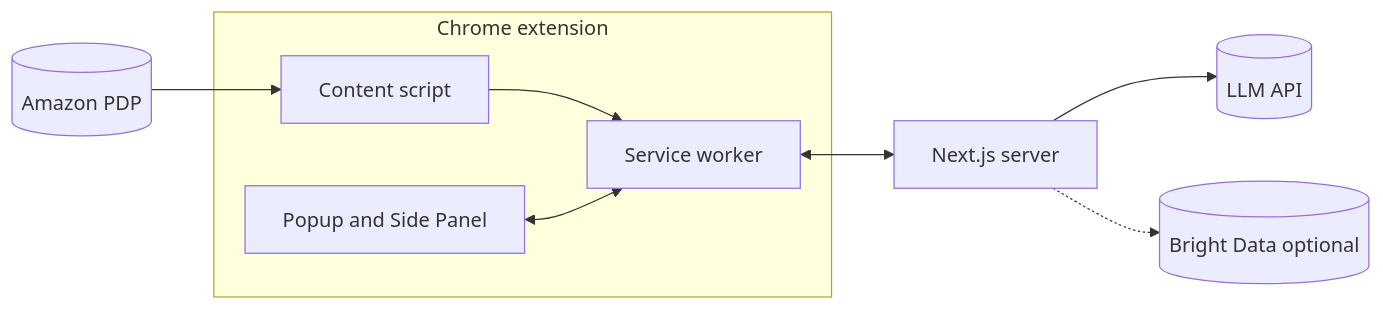
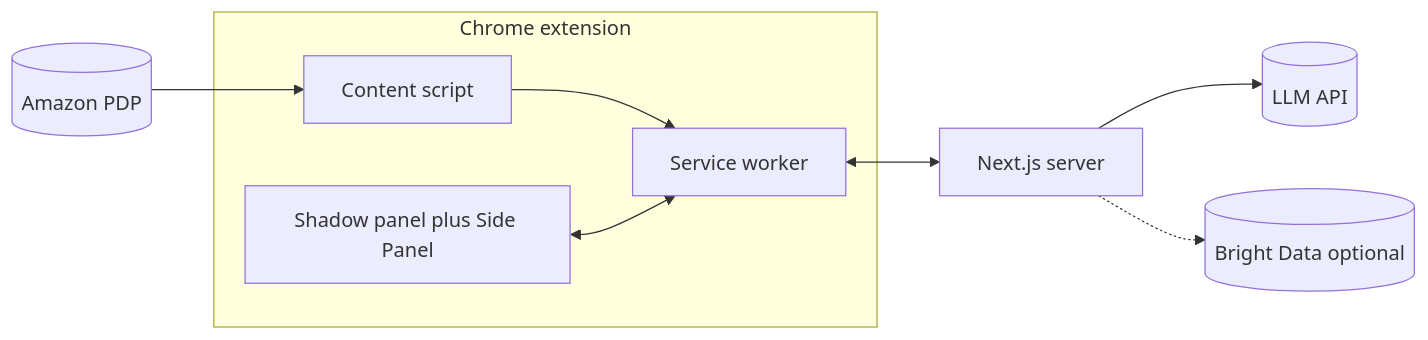
The second of 2 diagrams in requirements/project.requirement.md (dickoallassane/ai-smart-shopper-allassane-dicko), drawn with Mermaid before and after one commit. The commit also changed other lines of this file and 7 other files, not shown here.

````diff
--- a/requirements/project.requirement.md
+++ b/requirements/project.requirement.md
@@ -62,19 +65,19 @@
 ```mermaid
 flowchart LR
   subgraph client [Chrome extension]
     CS[Content script]
     SW[Service worker]
-    UI[Popup and Side Panel]
+    ExtUI[Shadow panel plus Side Panel]
   end
   PDP[(Amazon PDP)]
   API[Next.js server]
   LLM[(LLM API)]
   BD[(Bright Data optional)]
 
   PDP --> CS
   CS --> SW
-  UI <--> SW
+  ExtUI <--> SW
   SW <--> API
   API --> LLM
   API -.-> BD
 ```
````
